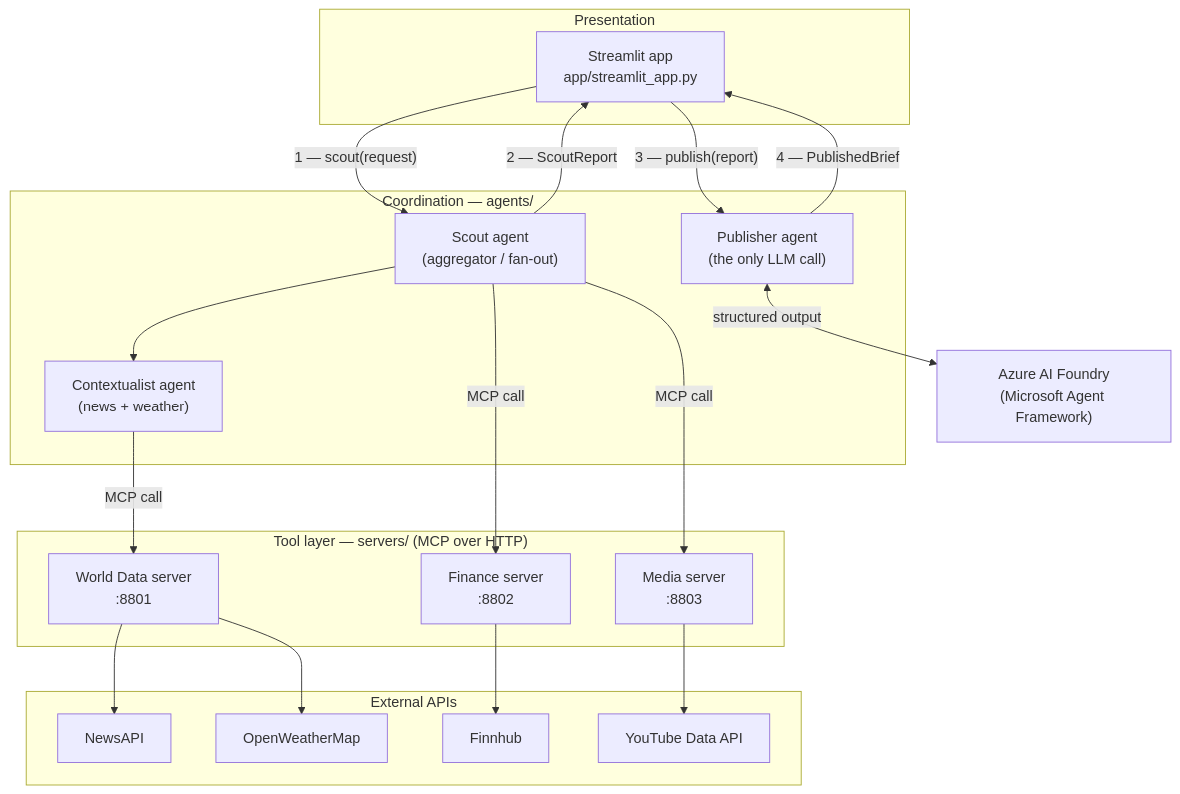
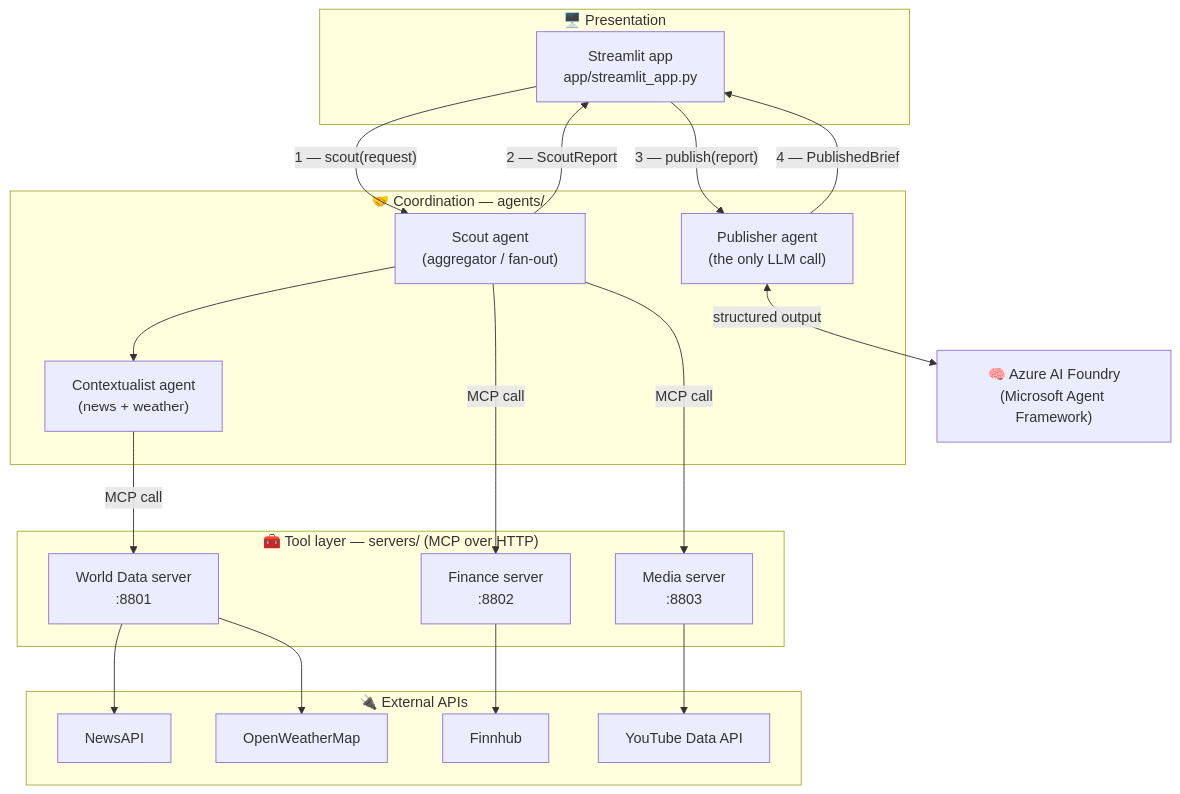
Before and after one commit to Bhardwaj-Saurabh/news-brief-generator-A2A: the first of 2 diagrams in README.md, drawn with Mermaid. The commit also changed other lines of this file, not shown here.

````diff
--- a/README.md
+++ b/README.md
@@ -44,43 +78,43 @@
 ```mermaid
 flowchart TB
-    subgraph UI["Presentation"]
+    subgraph UI["🖥️ Presentation"]
         ST["Streamlit app<br/>app/streamlit_app.py"]
     end
 
-    subgraph AGENTS["Coordination — agents/"]
+    subgraph AGENTS["🤝 Coordination — agents/"]
         PUB["Publisher agent<br/>(the only LLM call)"]
         SCOUT["Scout agent<br/>(aggregator / fan-out)"]
         CTX["Contextualist agent<br/>(news + weather)"]
     end
 
-    subgraph MCP["Tool layer — servers/ (MCP over HTTP)"]
+    subgraph MCP["🧰 Tool layer — servers/ (MCP over HTTP)"]
         WD["World Data server<br/>:8801"]
         FIN["Finance server<br/>:8802"]
         MED["Media server<br/>:8803"]
     end
 
-    subgraph EXT["External APIs"]
+    subgraph EXT["🔌 External APIs"]
         NEWS["NewsAPI"]
         WX["OpenWeatherMap"]
         FH["Finnhub"]
         YT["YouTube Data API"]
     end
 
-    LLM["Azure AI Foundry<br/>(Microsoft Agent Framework)"]
+    LLM["🧠 Azure AI Foundry<br/>(Microsoft Agent Framework)"]
 
     ST -->|"1 — scout(request)"| SCOUT
     SCOUT --> CTX
     SCOUT -->|MCP call| FIN
     SCOUT -->|MCP call| MED
     CTX -->|MCP call| WD
 
     WD --> NEWS
     WD --> WX
     FIN --> FH
     MED --> YT
 
     SCOUT -->|"2 — ScoutReport"| ST
     ST -->|"3 — publish(report)"| PUB
     PUB <-->|structured output| LLM
     PUB -->|"4 — PublishedBrief"| ST
 ```
````
